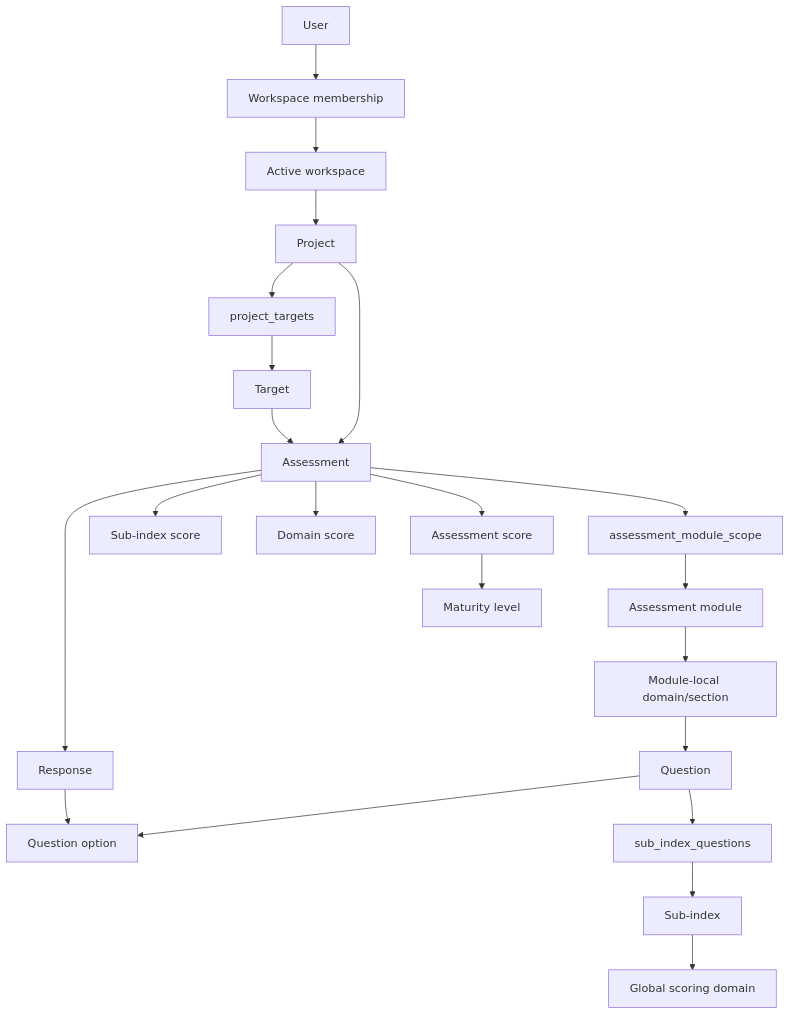
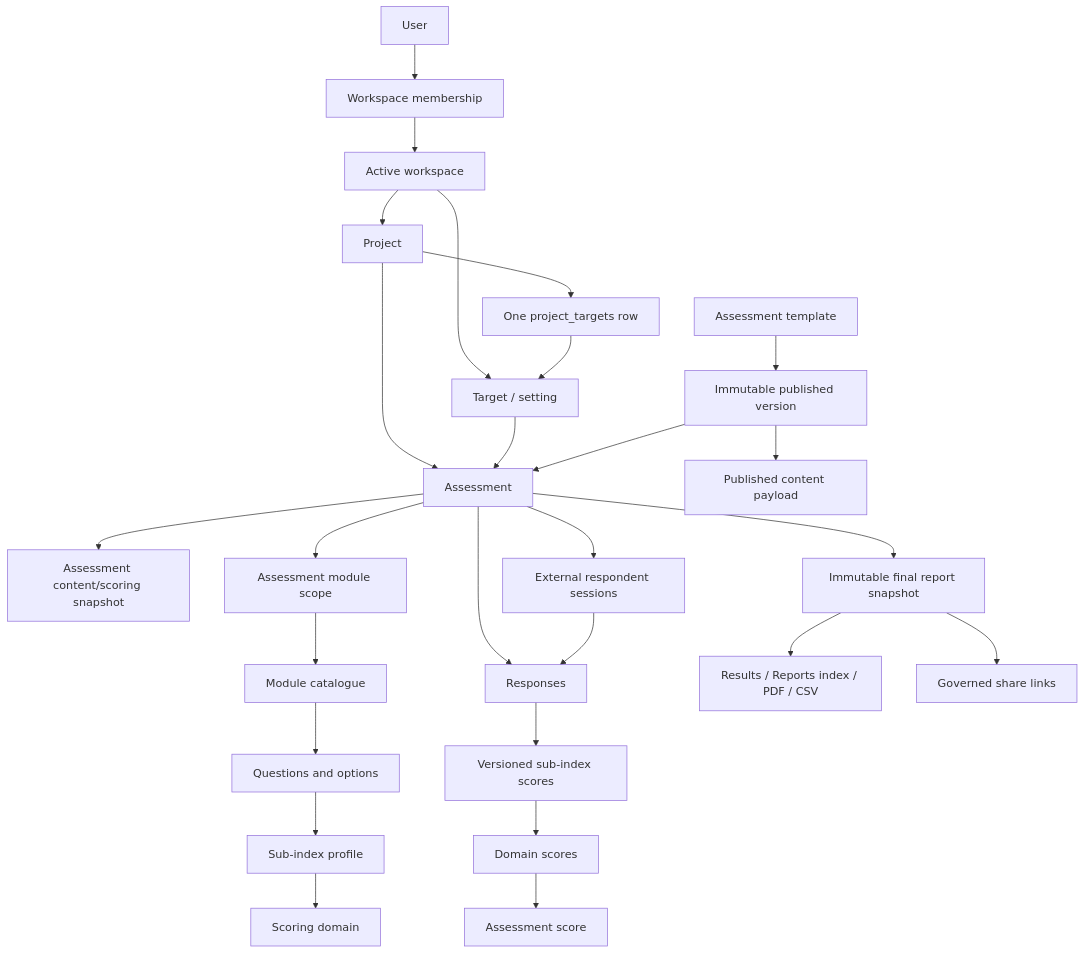
Before and after one commit to IsaacJootar/vytte: the diagram in docs/architecture/CURRENT_ARCHITECTURE.md, drawn with Mermaid. The commit also changed other lines of this file and 16 other files, not shown here.

Commit message:
docs: establish current operating architecture

````diff
--- a/docs/architecture/CURRENT_ARCHITECTURE.md
+++ b/docs/architecture/CURRENT_ARCHITECTURE.md
@@ -29,24 +29,33 @@
 ```mermaid
 flowchart TD
     U[User] --> WM[Workspace membership]
     WM --> W[Active workspace]
     W --> P[Project]
-    P --> PT[project_targets]
-    PT --> T[Target]
+    W --> T[Target / setting]
+    P --> PT[One project_targets row]
+    PT --> T
     P --> A[Assessment]
     T --> A
-    A --> AMS[assessment_module_scope]
-    AMS --> M[Assessment module]
-    M --> MD[Module-local domain/section]
-    MD --> Q[Question]
-    Q --> O[Question option]
-    Q --> SIQ[sub_index_questions]
-    SIQ --> SI[Sub-index]
-    SI --> D[Global scoring domain]
-    A --> R[Response]
-    R --> O
-    A --> SIS[Sub-index score]
-    A --> DS[Domain score]
-    A --> AS[Assessment score]
-    AS --> ML[Maturity level]
+
+    AT[Assessment template] --> ATV[Immutable published version]
+    ATV --> AC[Published content payload]
+    ATV --> A
+    A --> ASNP[Assessment content/scoring snapshot]
+
+    A --> AMS[Assessment module scope]
+    AMS --> M[Module catalogue]
+    M --> Q[Questions and options]
+    Q --> SI[Sub-index profile]
+    SI --> D[Scoring domain]
+
+    A --> R[Responses]
+    A --> PRS[External respondent sessions]
+    PRS --> R
+    R --> SIS[Versioned sub-index scores]
+    SIS --> DS[Domain scores]
+    DS --> OS[Assessment score]
+
+    A --> RS[Immutable final report snapshot]
+    RS --> UI[Results / Reports index / PDF / CSV]
+    RS --> SL[Governed share links]
 ```
````
